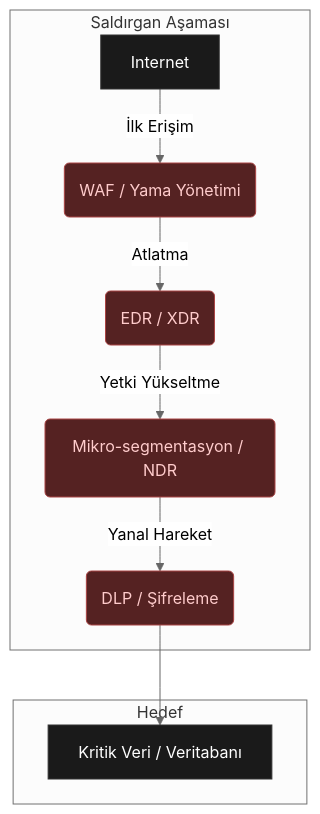
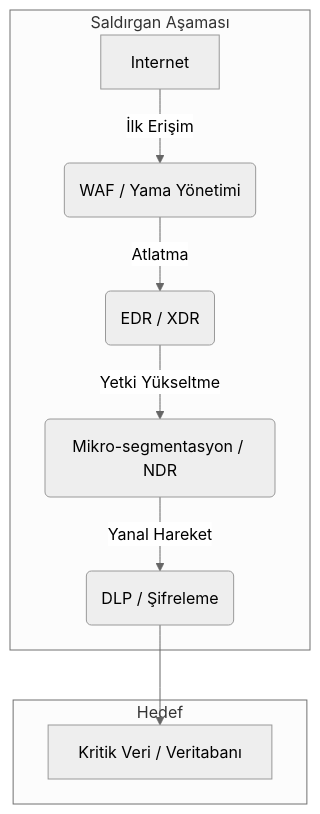
One commit to yusufarbc/yusufarbc changed the third of 5 diagrams in website/content/global-cyber-threat-actors-apt/tr.md. Above: the diagram before and after it, drawn with Mermaid (neutral theme). The commit also changed other lines of this file and 24 other files, not shown here.

````diff
--- a/website/content/global-cyber-threat-actors-apt/tr.md
+++ b/website/content/global-cyber-threat-actors-apt/tr.md
@@ -614,23 +614,13 @@
 ```mermaid
 graph TD
-    classDef plain fill:#1a1a1a,stroke:#333,stroke-width:1px,color:#fff;
-    classDef threatActor fill:#552222,stroke:#aa4444,stroke-width:1px,color:#ffcccc;
-
     subgraph "Saldırgan Aşaması"
-        A[Internet] -->|"İlk Erişim"| B(WAF / Yama Yönetimi);
-        B -- "Atlatma" --> C(EDR / XDR);
-        C -- "Yetki Yükseltme" --> D(Mikro-segmentasyon / NDR);
-        D -- "Yanal Hareket" --> E(DLP / Şifreleme);
+        A[Internet] -->|"İlk Erişim"| B(WAF / Yama Yönetimi)
+        B -- "Atlatma" --> C(EDR / XDR)
+        C -- "Yetki Yükseltme" --> D(Mikro-segmentasyon / NDR)
+        D -- "Yanal Hareket" --> E(DLP / Şifreleme)
     end
 
     subgraph "Hedef"
-        E --> F[Kritik Veri / Veritabanı];
+        E --> F[Kritik Veri / Veritabanı]
     end
-
-    A:::plain;
-    B:::threatActor;
-    C:::threatActor;
-    D:::threatActor;
-    E:::threatActor;
-    F:::plain;
 ```
````
